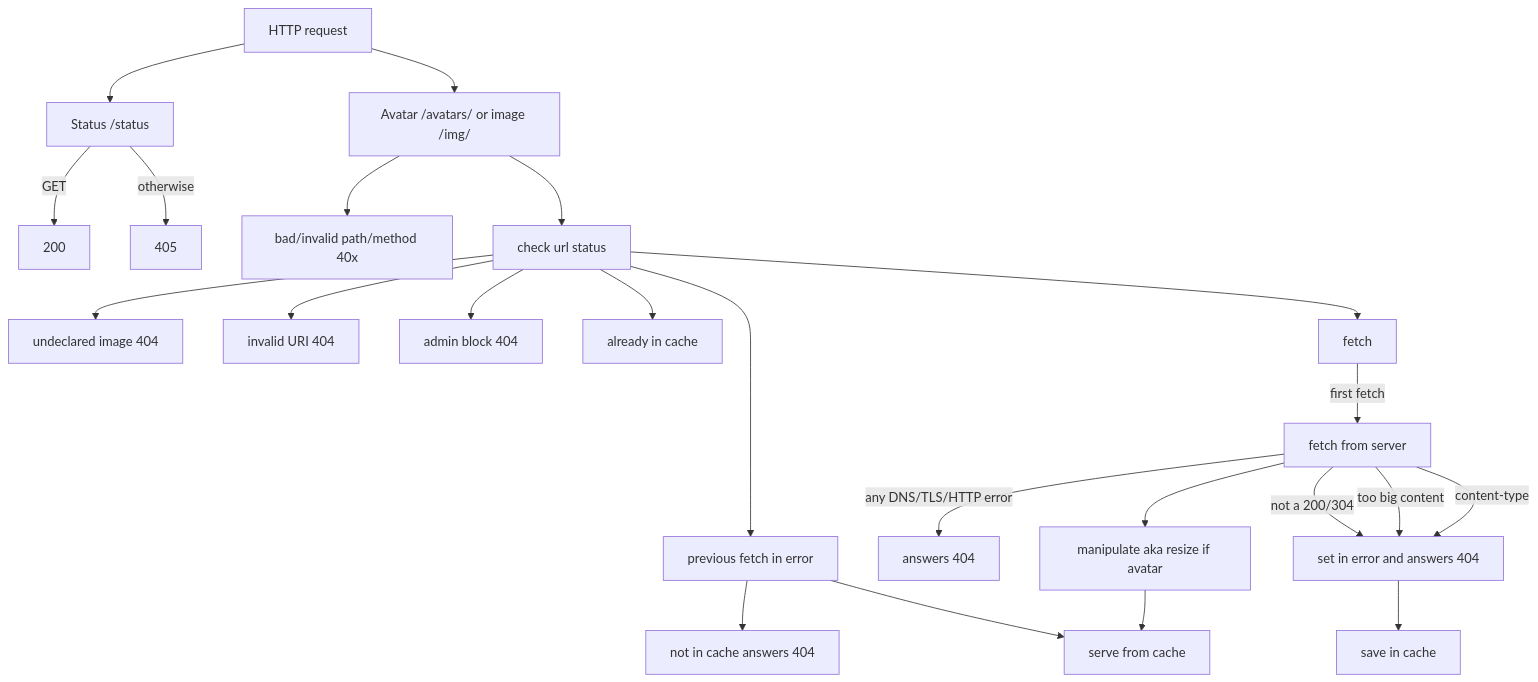
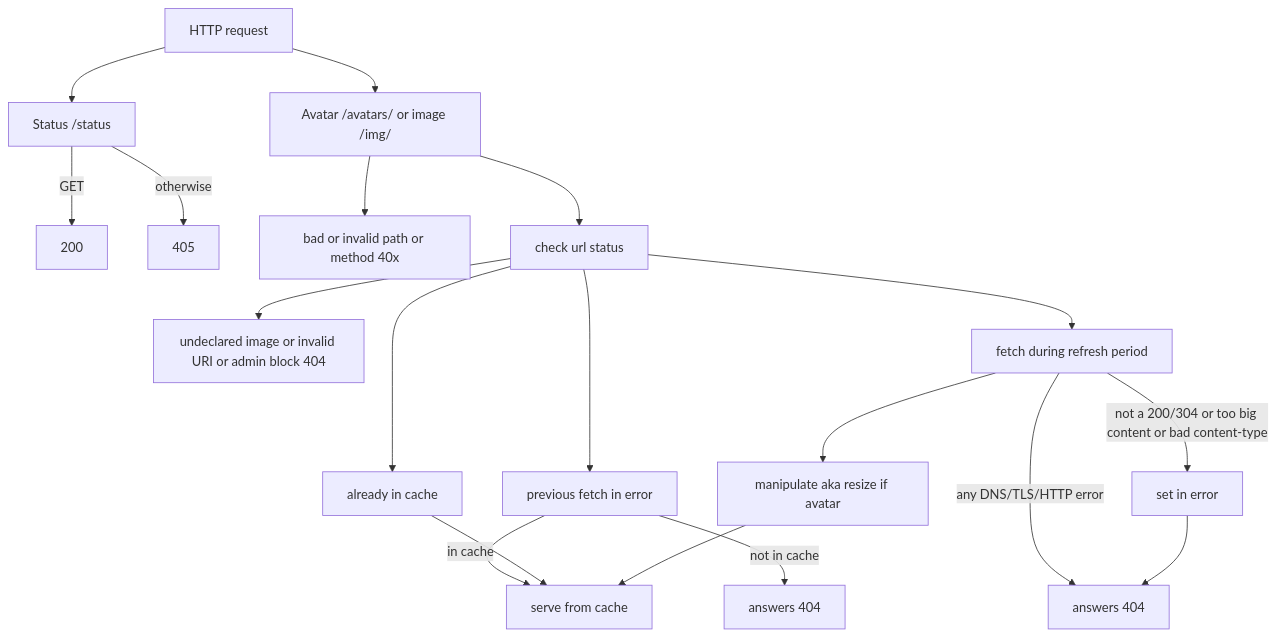
One commit to linuxfrorg/img-LinuxFr.org changed the first of 2 diagrams in README.md. Above: the diagram before and after it, drawn with Mermaid. The commit also changed other lines of this file and 8 other files, not shown here.

First line of the commit message:
feat: add refresh period

````diff
--- a/README.md
+++ b/README.md
@@ -56,27 +57,23 @@
 ```mermaid
 graph TD
   A[ HTTP request ] --> B[ Status /status ]
 
   B --> |GET| SA[ 200 ]
   B --> |otherwise| SB[ 405 ]
 
   A --> C[ Avatar /avatars/ or image /img/ ]
-  C --> AA[ bad/invalid path/method 40x]
+  C --> AA[ bad or invalid path or method 40x]
   C --> AC[ check url status]
-  AC --> AD[ undeclared image 404]
-  AC --> AE[ invalid URI 404]
-  AC --> AF[ admin block 404]
+  AC --> AD[ undeclared image or invalid URI or admin block 404]
   AC --> AG[ already in cache]
   AC --> AH[ previous fetch in error]
-  AH --> AL[ not in cache answers 404]
-  AH --> AK[ serve from cache]
-  AC --> AI[ fetch]
-  AI --> | first fetch | AJ[ fetch from server]
-  AJ --> | any DNS/TLS/HTTP error | AM[ answers 404]
-  AJ --> | not a 200/304 | AN[ set in error and answers 404]
-  AJ --> | too big content | AN
-  AJ --> | content-type | AN
-  AJ --> AO[manipulate aka resize if avatar]
-  AN --> AP[save in cache]
+  AH --> | in cache| AK[ serve from cache]
+  AH --> | not in cache | AP[ answers 404]
+  AG --> AK
+  AC --> AI[ fetch during refresh period]
+  AI --> | any DNS/TLS/HTTP error | AM[ answers 404]
+  AI --> | not a 200/304 or too big content or bad content-type | AN[ set in error]
+  AN --> AM
+  AI --> AO[manipulate aka resize if avatar]
   AO --> AK
 ```
````
